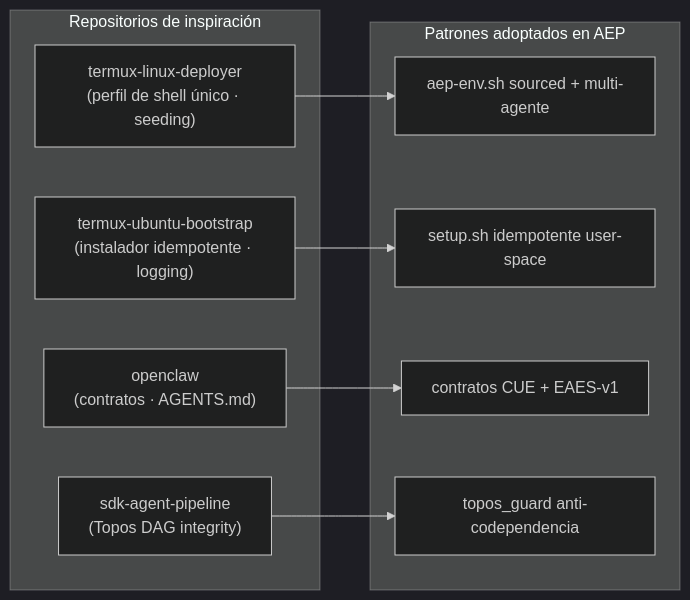
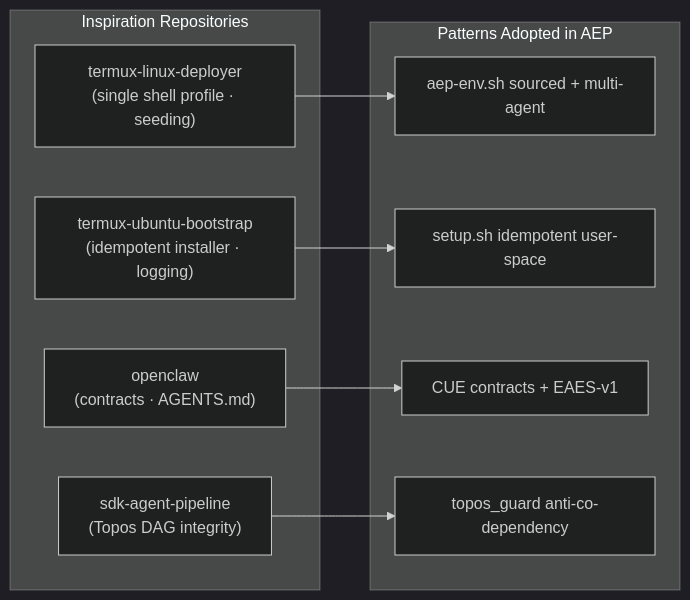
One commit to ancrz/agent-execution-plane changed diagram 16 of 16 in README.md. Above: the diagram before and after it, drawn with Mermaid (dark theme). The commit also changed other lines of this file, not shown here.

Commit message:
docs(readme): translate entire specification to English and fix Mermaid diagram syntax errors

````diff
--- a/README.md
+++ b/README.md
@@ -983,19 +940,19 @@
 ```mermaid
 flowchart LR
-    subgraph Ref["Repositorios de inspiración"]
-        R1["termux-linux-deployer<br/>(perfil de shell único · seeding)"]
-        R2["termux-ubuntu-bootstrap<br/>(instalador idempotente · logging)"]
-        R3["openclaw<br/>(contratos · AGENTS.md)"]
+    subgraph Ref["Inspiration Repositories"]
+        R1["termux-linux-deployer<br/>(single shell profile · seeding)"]
+        R2["termux-ubuntu-bootstrap<br/>(idempotent installer · logging)"]
+        R3["openclaw<br/>(contracts · AGENTS.md)"]
         R4["sdk-agent-pipeline<br/>(Topos DAG integrity)"]
     end
-    subgraph AEP["Patrones adoptados en AEP"]
-        F1["aep-env.sh sourced + multi-agente"]
-        F2["setup.sh idempotente user-space"]
-        F3["contratos CUE + EAES-v1"]
-        F4["topos_guard anti-codependencia"]
+    subgraph AEP["Patterns Adopted in AEP"]
+        F1["aep-env.sh sourced + multi-agent"]
+        F2["setup.sh idempotent user-space"]
+        F3["CUE contracts + EAES-v1"]
+        F4["topos_guard anti-co-dependency"]
     end
     R1 --> F1
     R2 --> F2
     R3 --> F3
     R4 --> F4
 ```
````
